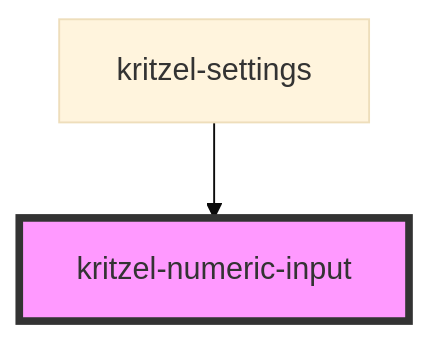
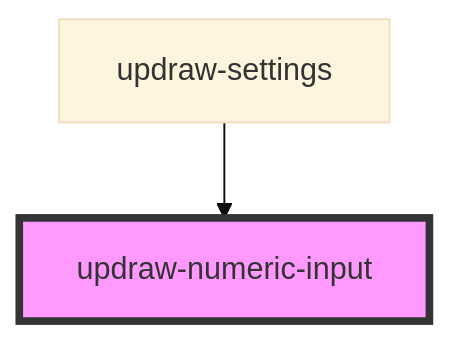
One commit to kasual1/kritzel changed the diagram in libs/editor/core/src/components/updraw-numeric-input/readme.md. Above: the diagram before and after it, drawn with Mermaid (base theme). The commit also changed other lines of this file and 1129 other files, not shown here.

First line of the commit message:
Replace kritzel with updraw across the codebase

````diff
--- a/libs/editor/core/src/components/updraw-numeric-input/readme.md
+++ b/libs/editor/core/src/components/updraw-numeric-input/readme.md
@@ -34,5 +34,5 @@
 ```mermaid
 graph TD;
-  kritzel-settings --> kritzel-numeric-input
-  style kritzel-numeric-input fill:#f9f,stroke:#333,stroke-width:4px
+  updraw-settings --> updraw-numeric-input
+  style updraw-numeric-input fill:#f9f,stroke:#333,stroke-width:4px
 ```
````
